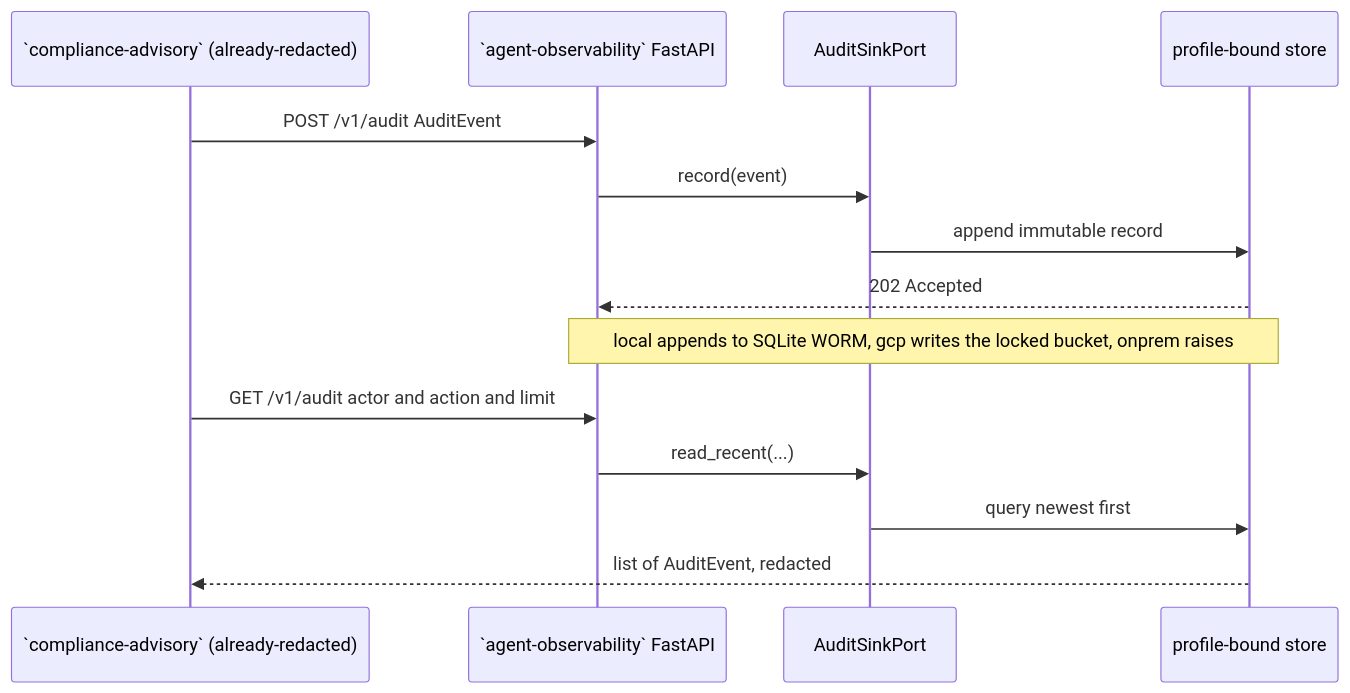
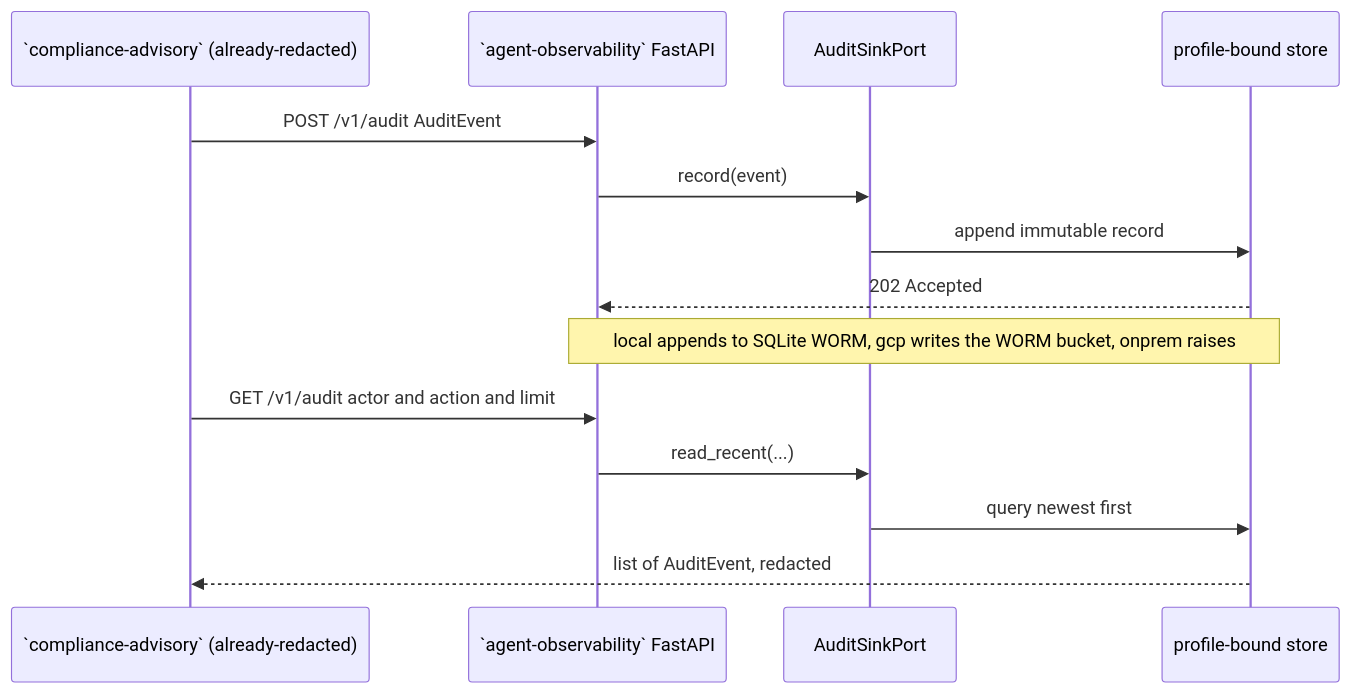
One commit to portable-genai/agent-observability changed the second of 2 diagrams in ARCHITECTURE.md. Above: the diagram before and after it, drawn with Mermaid. The commit also changed other lines of this file and 15 other files, not shown here.

````diff
--- a/ARCHITECTURE.md
+++ b/ARCHITECTURE.md
@@ -69,16 +69,16 @@
 ```mermaid
 sequenceDiagram
   participant `compliance-advisory` as `compliance-advisory` (already-redacted)
   participant API as `agent-observability` FastAPI
   participant Port as AuditSinkPort
   participant Store as profile-bound store
   `compliance-advisory`->>API: POST /v1/audit AuditEvent
   API->>Port: record(event)
   Port->>Store: append immutable record
   Store-->>API: 202 Accepted
-  Note over API,Store: local appends to SQLite WORM, gcp writes the locked bucket, onprem raises
+  Note over API,Store: local appends to SQLite WORM, gcp writes the WORM bucket, onprem raises
   `compliance-advisory`->>API: GET /v1/audit actor and action and limit
   API->>Port: read_recent(...)
   Port->>Store: query newest first
   Store-->>`compliance-advisory`: list of AuditEvent, redacted
 ```
````
